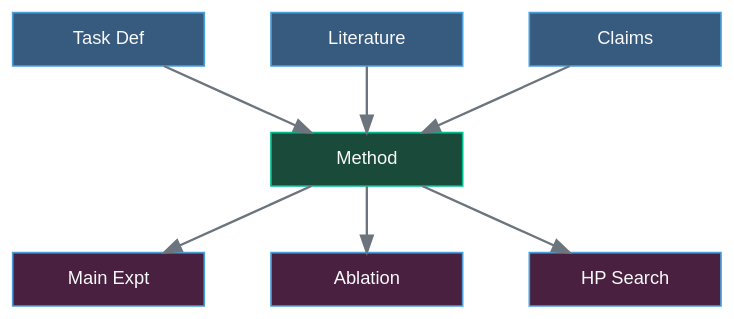
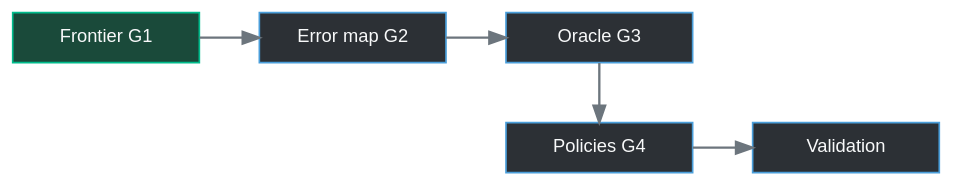
The diagram in docs/index.qmd (HongyuCao3/dmllm-refresh-frontier), drawn with Graphviz before and after one commit. The commit also changed other lines of this file and 24 other files, not shown here.

First line of the commit message:
Docs: record and analyse Phase 0-1 (Exp 1-3, Obs 1), claims C1-C5, user decisions of 2026-10-29

````diff
--- a/docs/index.qmd
+++ b/docs/index.qmd
@@ -13,39 +15,19 @@
 ```{dot}
 //| label: fig-pipeline
-//| fig-cap: "End-to-end research pipeline"
+//| fig-cap: "Plan: reference, error map, oracle, policies; each phase ends in a gate"
 //| fig-width: 7
-//| fig-height: 3.5
+//| fig-height: 2.8
 digraph G {
   bgcolor="transparent"
   rankdir=TB
-  graph [ranksep=0.55, nodesep=0.55]
+  graph [ranksep=0.5, nodesep=0.5]
   node [style=filled, fillcolor="#2c3035", color="#4a9eda",
         fontcolor="#f8f9fa", fontname="Arial", fontsize=11,
-        shape=box, width=1.6, height=0.45, margin="0.15,0.08"]
+        shape=box, width=1.55, height=0.42]
   edge [color="#6c757d", penwidth=1.4]
-
-  subgraph row1 {
-    rank=same
-    Task [label="Task Def", fillcolor="#375a7f"]
-    Lit  [label="Literature", fillcolor="#375a7f"]
-    Claim [label="Claims", fillcolor="#375a7f"]
-  }
-  subgraph row2 {
-    rank=same
-    Method [label="Method", fillcolor="#1a4a3a", color="#00bc8c"]
-  }
-  subgraph row3 {
-    rank=same
-    Main  [label="Main Expt", fillcolor="#4a2040"]
-    Abl   [label="Ablation", fillcolor="#4a2040"]
-    HP    [label="HP Search", fillcolor="#4a2040"]
-  }
-
-  Task  -> Method
-  Lit   -> Method
-  Claim -> Method
-  Method -> Main
-  Method -> Abl
-  Method -> HP
+  {rank=same; P1 [label="Frontier G1", fillcolor="#1a4a3a", color="#00bc8c"]; P2 [label="Error map G2"]; P3 [label="Oracle G3"]}
+  {rank=same; P4 [label="Policies G4"]; P5 [label="Validation"]}
+  P1 -> P2 -> P3
+  P3 -> P4 -> P5
 }
 ```
````
